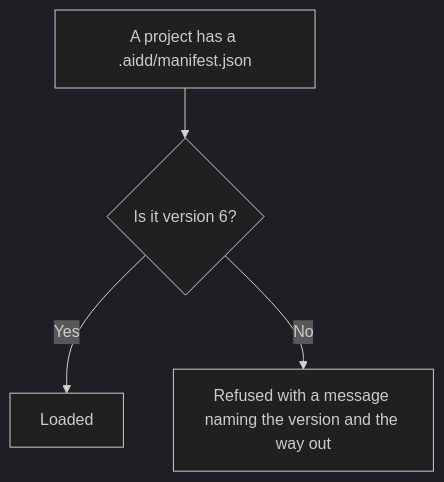
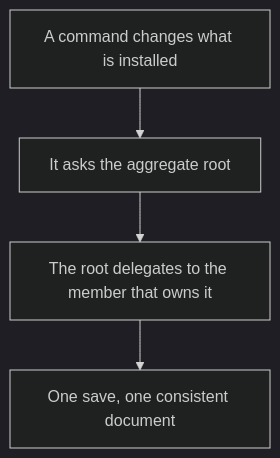
The first of 2 diagrams in cli/aidd_docs/tasks/2026_08/2026_08_20_refactor-contextes-cli/phase-14.md (ai-driven-dev/aidd-framework), drawn with Mermaid (dark theme) before and after one commit. The commit also changed other lines of this file and 19 other files, not shown here.

````diff
--- a/cli/aidd_docs/tasks/2026_08/2026_08_20_refactor-contextes-cli/phase-14.md
+++ b/cli/aidd_docs/tasks/2026_08/2026_08_20_refactor-contextes-cli/phase-14.md
@@ -36,6 +37,6 @@
 ```mermaid
 flowchart TD
-  A[A project has a .aidd/manifest.json] --> B{Is it version 6?}
-  B -->|Yes| C[Loaded]
-  B -->|No| D[Refused with a message naming the version and the way out]
+  A[A command changes what is installed] --> B[It asks the aggregate root]
+  B --> C[The root delegates to the member that owns it]
+  C --> D[One save, one consistent document]
 ```
````
